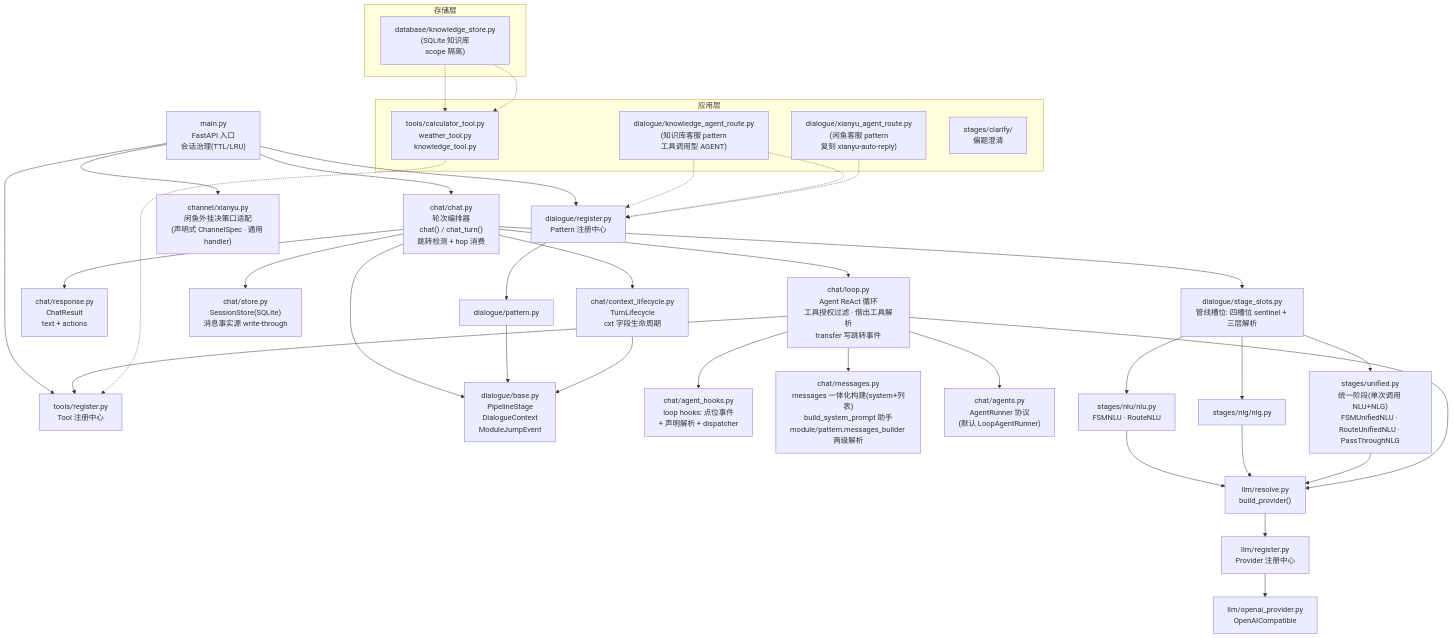
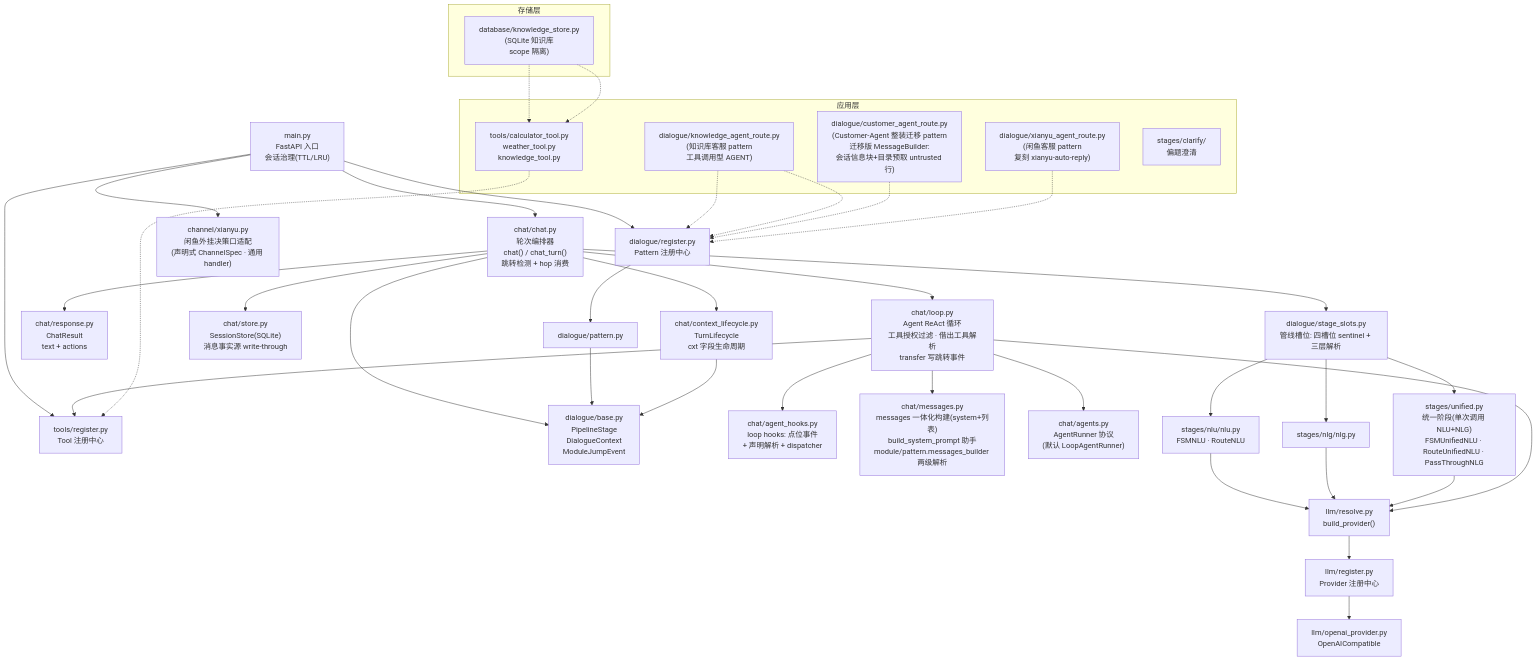
The diagram in ARCHITECTURE.md (chengjian2018/hermes-nexus), drawn with Mermaid before and after one commit. The commit also changed 3 other files, not shown here.

First line of the commit message:
feat(app): Customer-Agent 整装迁移——MessageBuilder 移植 + customer_agent pattern 注册

````diff
--- a/ARCHITECTURE.md
+++ b/ARCHITECTURE.md
@@ -7,50 +7,52 @@
 ```mermaid
 flowchart TB
     main["main.py<br/>FastAPI 入口<br/>会话治理(TTL/LRU)"] --> chat["chat/chat.py<br/>轮次编排器<br/>chat() / chat_turn()<br/>跳转检测 + hop 消费"]
     main --> preg["dialogue/register.py<br/>Pattern 注册中心"]
     main --> treg["tools/register.py<br/>Tool 注册中心"]
     main --> chan["channel/xianyu.py<br/>闲鱼外挂决策口适配<br/>(声明式 ChannelSpec · 通用 handler)"]
 
     chat --> lc["chat/context_lifecycle.py<br/>TurnLifecycle<br/>cxt 字段生命周期"]
     chat --> resp["chat/response.py<br/>ChatResult<br/>text + actions"]
     chat --> slots["dialogue/stage_slots.py<br/>管线槽位: 四槽位 sentinel + 三层解析"]
     chat --> base["dialogue/base.py<br/>PipelineStage<br/>DialogueContext<br/>ModuleJumpEvent"]
     chat --> store["chat/store.py<br/>SessionStore(SQLite)<br/>消息事实源 write-through"]
 
     chat --> loop2["chat/loop.py<br/>Agent ReAct 循环<br/>工具授权过滤 · 借出工具解析<br/>transfer 写跳转事件"]
     loop2 --> ahooks["chat/agent_hooks.py<br/>loop hooks: 点位事件<br/>+ 声明解析 + dispatcher"]
     loop2 --> msgs["chat/messages.py<br/>messages 一体化构建(system+列表)<br/>build_system_prompt 助手<br/>module/pattern.messages_builder 两级解析"]
     loop2 --> agents["chat/agents.py<br/>AgentRunner 协议<br/>(默认 LoopAgentRunner)"]
 
     preg --> pattern["dialogue/pattern.py"]
     pattern --> base
 
     slots --> nlu["stages/nlu/nlu.py<br/>FSMNLU · RouteNLU"]
     slots --> nlg["stages/nlg/nlg.py"]
     slots --> uni["stages/unified.py<br/>统一阶段(单次调用 NLU+NLG)<br/>FSMUnifiedNLU · RouteUnifiedNLU · PassThroughNLG"]
     nlu --> resolve["llm/resolve.py<br/>build_provider()"]
     nlg --> resolve
     uni --> resolve
     loop2 --> resolve
     loop2 --> treg
     lc --> base
 
     resolve --> llmreg["llm/register.py<br/>Provider 注册中心"]
     llmreg --> oai["llm/openai_provider.py<br/>OpenAICompatible"]
 
     subgraph 应用层
         xianyuagent["dialogue/xianyu_agent_route.py<br/>(闲鱼客服 pattern<br/>复刻 xianyu-auto-reply)"]
         kbagent["dialogue/knowledge_agent_route.py<br/>(知识库客服 pattern<br/>工具调用型 AGENT)"]
+        caagent["dialogue/customer_agent_route.py<br/>(Customer-Agent 整装迁移 pattern<br/>迁移版 MessageBuilder:<br/>会话信息块+目录预取 untrusted 行)"]
         tools["tools/calculator_tool.py<br/>weather_tool.py<br/>knowledge_tool.py"]
         clarify["stages/clarify/<br/>偏题澄清"]
     end
     subgraph 存储层
         kbs["database/knowledge_store.py<br/>(SQLite 知识库<br/>scope 隔离)"]
     end
     kbagent -.-> preg
     kbs -.-> tools
     kbagent -.-> preg
     kbs -.-> tools
+    caagent -.-> preg
     xianyuagent -.-> preg
     tools -.-> treg
 ```
````
